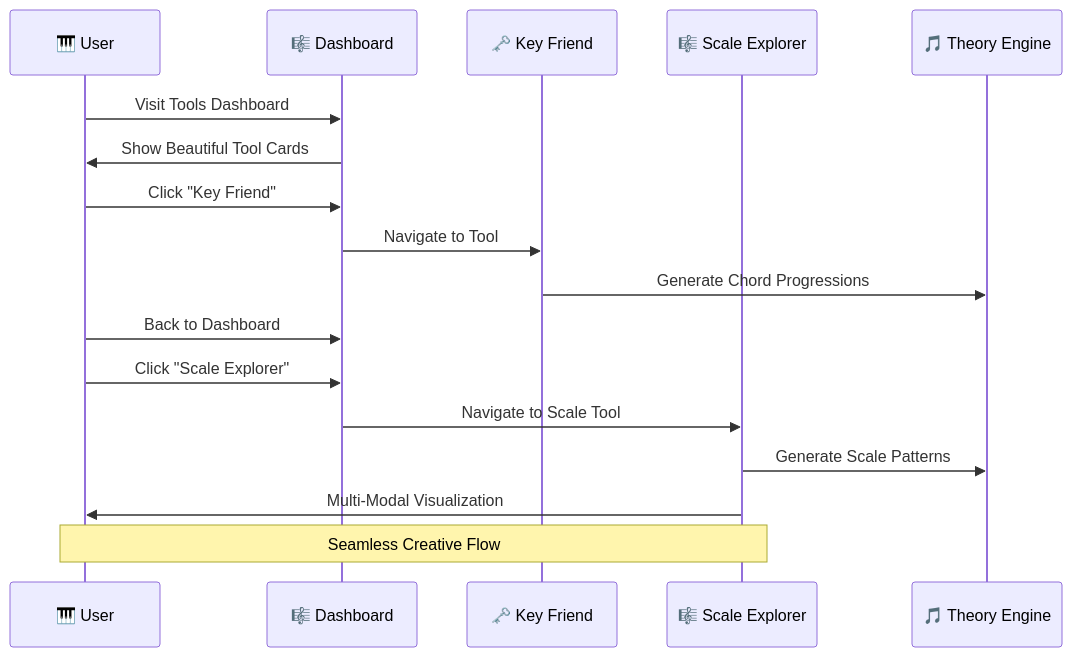
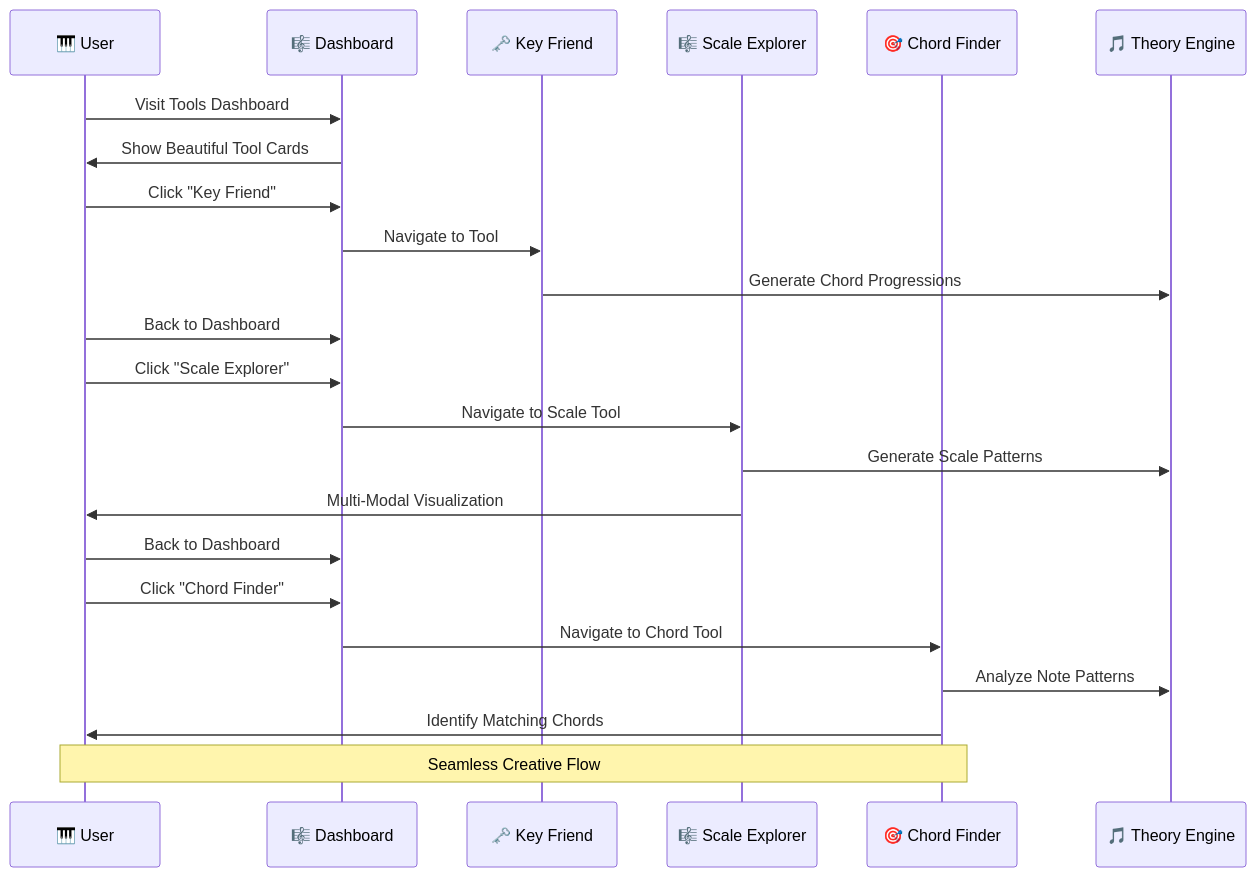
The third of 10 diagrams in README.md (Lukeus/music-lab), drawn with Mermaid before and after one commit. The commit also changed other lines of this file and 84 other files, not shown here.

````diff
--- a/README.md
+++ b/README.md
@@ -123,21 +131,27 @@
 ```mermaid
 sequenceDiagram
     participant U as 🎹 User
     participant D as 🎼 Dashboard
     participant K as 🗝️ Key Friend
     participant S as 🎼 Scale Explorer
+    participant C as 🎯 Chord Finder
     participant T as 🎵 Theory Engine
     
     U->>D: Visit Tools Dashboard
     D->>U: Show Beautiful Tool Cards
     U->>D: Click "Key Friend"
     D->>K: Navigate to Tool
     K->>T: Generate Chord Progressions
     U->>D: Back to Dashboard
     U->>D: Click "Scale Explorer"
     D->>S: Navigate to Scale Tool
     S->>T: Generate Scale Patterns
     S->>U: Multi-Modal Visualization
+    U->>D: Back to Dashboard
+    U->>D: Click "Chord Finder"
+    D->>C: Navigate to Chord Tool
+    C->>T: Analyze Note Patterns
+    C->>U: Identify Matching Chords
     
-    Note over U,S: Seamless Creative Flow
+    Note over U,C: Seamless Creative Flow
 ```
````
